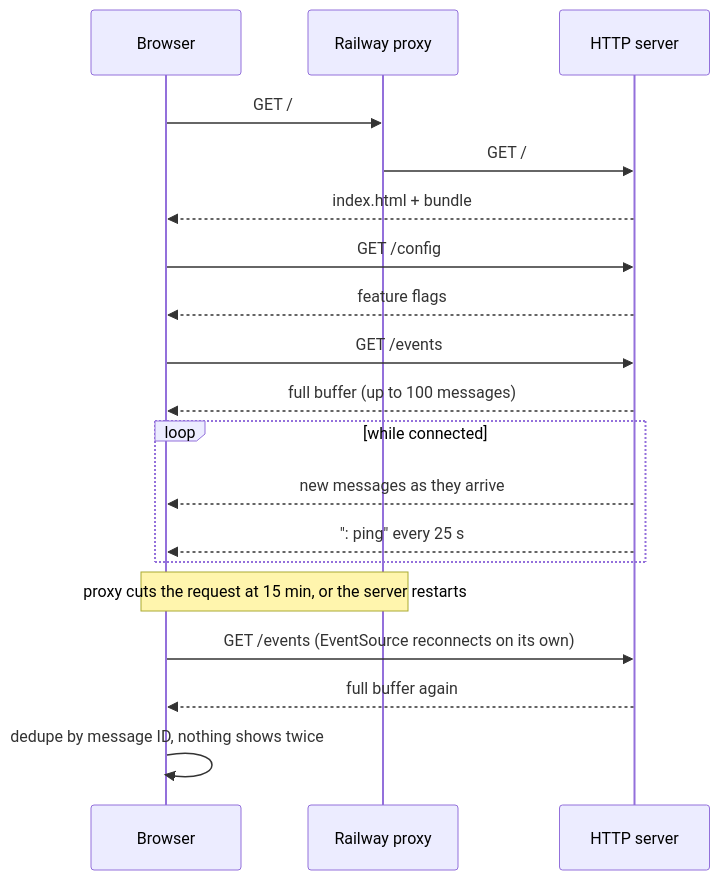
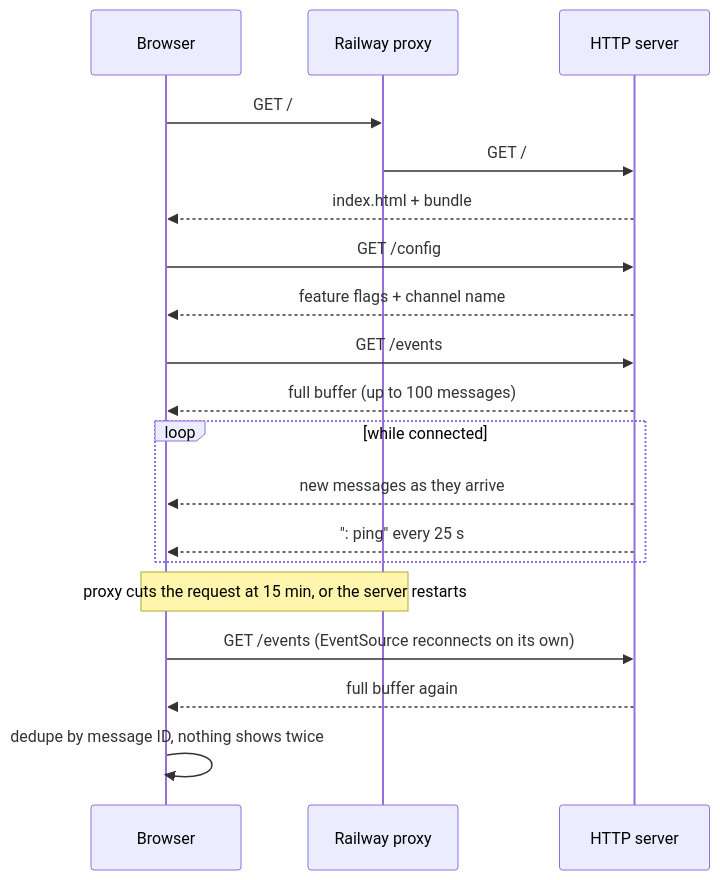
Before and after one commit to AmitKulkarni23/discord-relay: the fourth of 5 diagrams in docs/system-specs/architecture.md, drawn with Mermaid. The commit also changed other lines of this file and 3 other files, not shown here.

Commit message:
Expose the channel name on /config for the frontend header.

````diff
--- a/docs/system-specs/architecture.md
+++ b/docs/system-specs/architecture.md
@@ -84,21 +84,21 @@
 ```mermaid
 sequenceDiagram
   participant W as Browser
   participant P as Railway proxy
   participant S as HTTP server
   W->>P: GET /
   P->>S: GET /
   S-->>W: index.html + bundle
   W->>S: GET /config
-  S-->>W: feature flags
+  S-->>W: feature flags + channel name
   W->>S: GET /events
   S-->>W: full buffer (up to 100 messages)
   loop while connected
     S-->>W: new messages as they arrive
     S-->>W: ": ping" every 25 s
   end
   Note over P,W: proxy cuts the request at 15 min, or the server restarts
   W->>S: GET /events (EventSource reconnects on its own)
   S-->>W: full buffer again
   W->>W: dedupe by message ID, nothing shows twice
 ```
````
